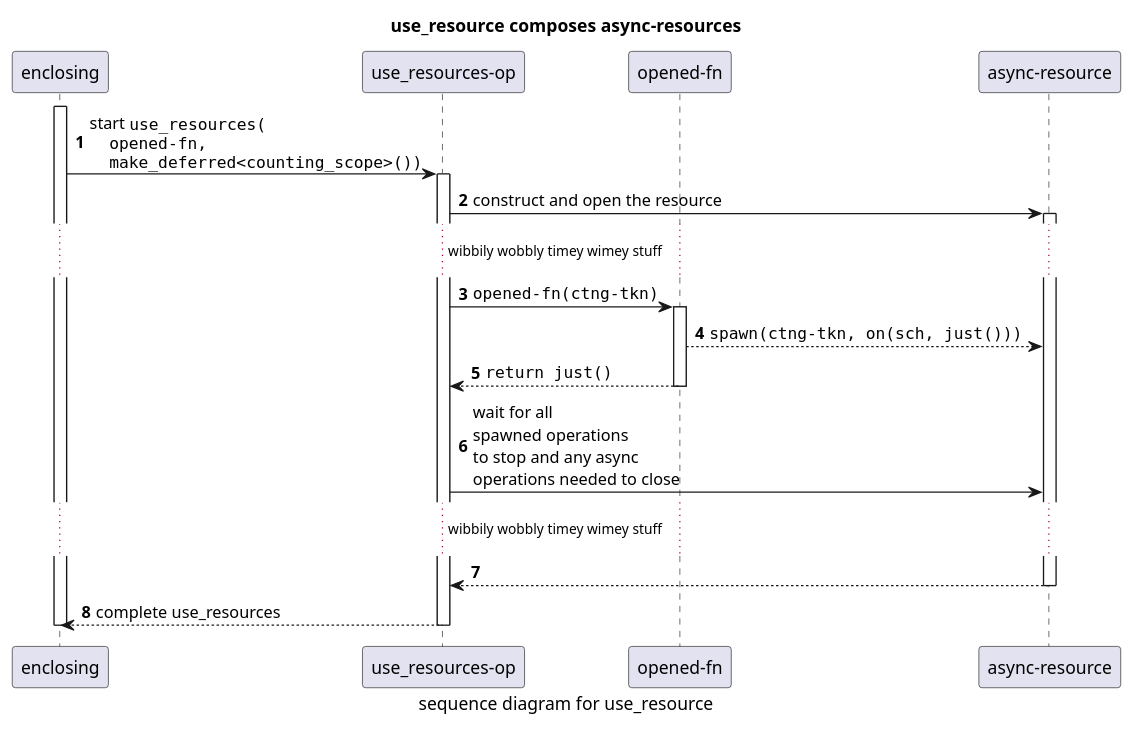
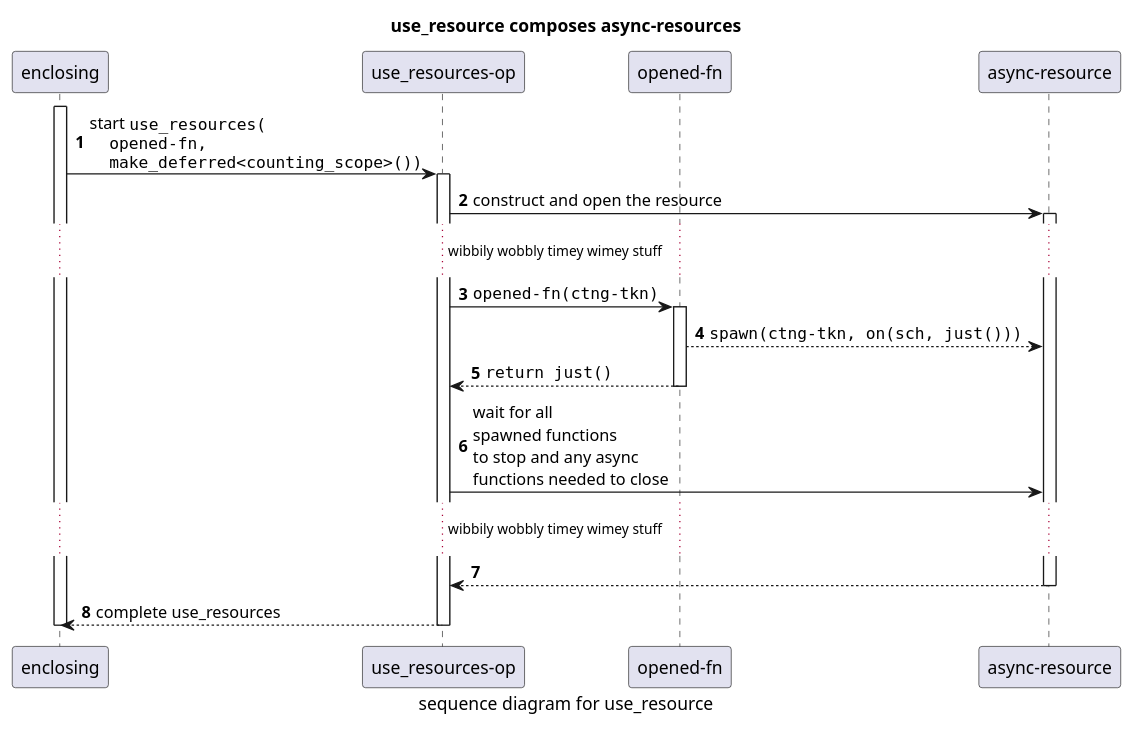
The sixth of 6 diagrams in async-resource.md (kirkshoop/async_scope), drawn with PlantUML before and after one commit. The commit also changed other lines of this file, not shown here.

````diff
--- a/async-resource.md
+++ b/async-resource.md
@@ -887,21 +1029,21 @@
 ```plantuml
 title "use_resource composes async-resources"
 caption "sequence diagram for use_resource"
 autonumber
 participant "enclosing" as enc
 participant "use_resources-op" as use
 participant "opened-fn" as ofn
 participant "async-resource" as ar
 activate enc
 enc -> use ++ : start ""use_resources(""\n""  opened-fn, ""\n""  make_deferred<counting_scope>())""
 use -> ar ++ : construct and open the resource
 ... wibbily wobbly timey wimey stuff ...
 use -> ofn ++ : ""opened-fn(ctng-tkn)""
 ofn --> ar : ""spawn(ctng-tkn, on(sch, just()))""
 ofn --> use -- : ""return just()""
-use -> ar : wait for all \nspawned operations \nto stop and any async \noperations needed to close
+use -> ar : wait for all \nspawned functions \nto stop and any async \nfunctions needed to close
 ... wibbily wobbly timey wimey stuff ...
 ar --> use -- : 
 use --> enc -- : complete use_resources
 deactivate enc
 ```
````
